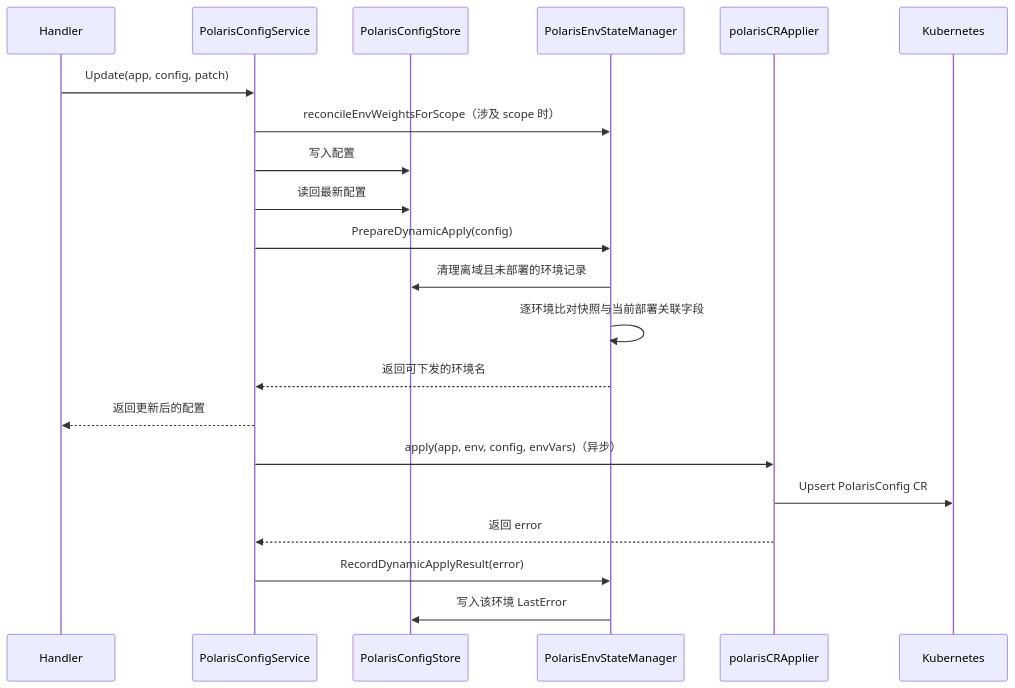
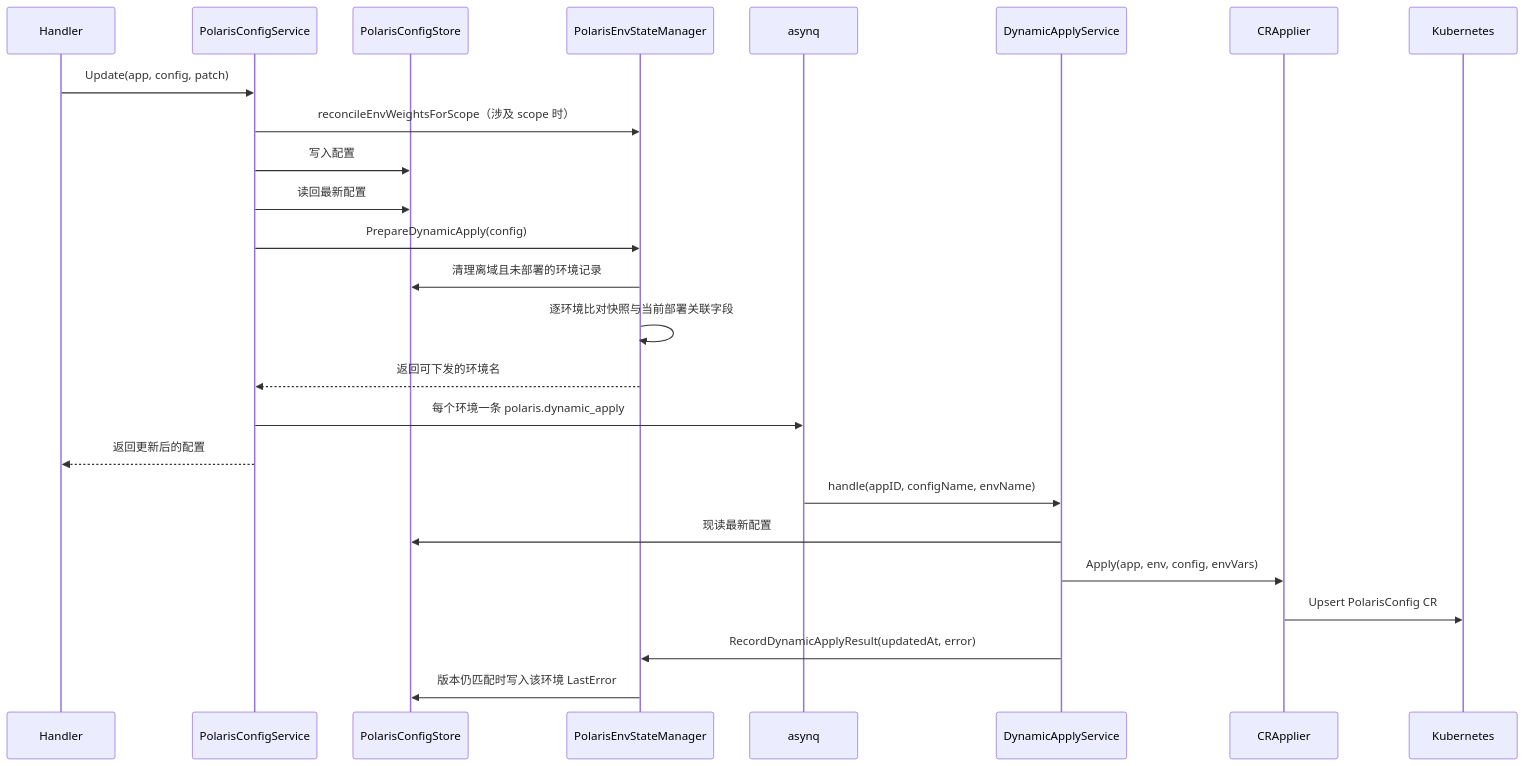
Before and after one commit to JoJohw/blueking-service-governance: the second of 4 diagrams in bkms-server/design_notes/polaris_config_auto_sync.md, drawn with Mermaid. The commit also changed other lines of this file and 30 other files, not shown here.

````diff
--- a/bkms-server/design_notes/polaris_config_auto_sync.md
+++ b/bkms-server/design_notes/polaris_config_auto_sync.md
@@ -169,24 +201,28 @@
 ```mermaid
 sequenceDiagram
     participant API as Handler
     participant Service as PolarisConfigService
     participant Store as PolarisConfigStore
     participant Manager as PolarisEnvStateManager
-    participant Applier as polarisCRApplier
+    participant Queue as asynq
+    participant Worker as DynamicApplyService
+    participant Applier as CRApplier
     participant K8s as Kubernetes
 
     API->>Service: Update(app, config, patch)
     Service->>Manager: reconcileEnvWeightsForScope（涉及 scope 时）
     Service->>Store: 写入配置
     Service->>Store: 读回最新配置
     Service->>Manager: PrepareDynamicApply(config)
     Manager->>Store: 清理离域且未部署的环境记录
     Manager->>Manager: 逐环境比对快照与当前部署关联字段
     Manager-->>Service: 返回可下发的环境名
+    Service->>Queue: 每个环境一条 polaris.dynamic_apply
     Service-->>API: 返回更新后的配置
-    Service->>Applier: apply(app, env, config, envVars)（异步）
+    Queue->>Worker: handle(appID, configName, envName)
+    Worker->>Store: 现读最新配置
+    Worker->>Applier: Apply(app, env, config, envVars)
     Applier->>K8s: Upsert PolarisConfig CR
-    Applier-->>Service: 返回 error
-    Service->>Manager: RecordDynamicApplyResult(error)
-    Manager->>Store: 写入该环境 LastError
+    Worker->>Manager: RecordDynamicApplyResult(updatedAt, error)
+    Manager->>Store: 版本仍匹配时写入该环境 LastError
 ```
````
